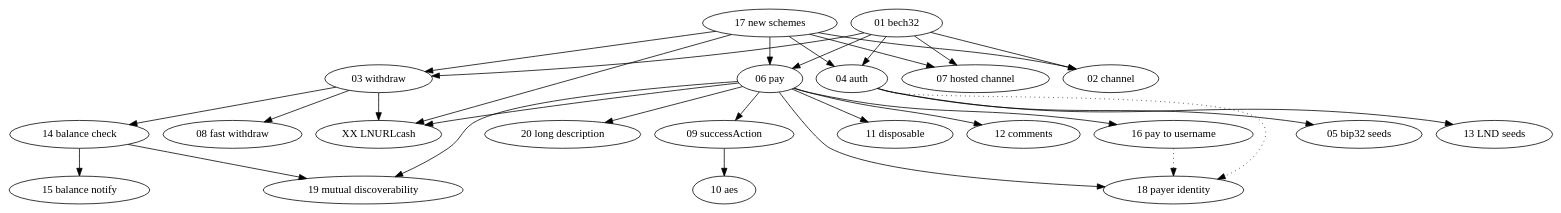
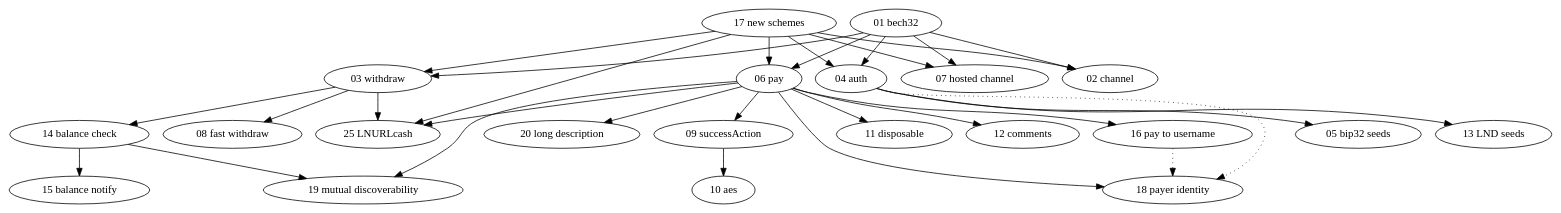
Before and after one commit to lnurl/luds: the diagram in dependencies.dot, drawn with Graphviz. The commit also changed 1 other file, not shown here.

```diff
--- a/dependencies.dot
+++ b/dependencies.dot
@@ -1,37 +1,37 @@
 digraph {
   01[label="01 bech32"]
   02[label="02 channel"]
   03[label="03 withdraw"]
   04[label="04 auth"]
   05[label="05 bip32 seeds"]
   06[label="06 pay"]
   07[label="07 hosted channel"]
   08[label="08 fast withdraw"]
   09[label="09 successAction"]
   10[label="10 aes"]
   11[label="11 disposable"]
   12[label="12 comments"]
   13[label="13 LND seeds"]
   14[label="14 balance check"]
   15[label="15 balance notify"]
   16[label="16 pay to username"]
   17[label="17 new schemes"]
   18[label="18 payer identity"]
   19[label="19 mutual discoverability"]
   20[label="20 long description"]
-  XX[label="XX LNURLcash"]
+  25[label="25 LNURLcash"]
 
   { 01 17 } -> { 02 03 04 06 07 } // base protocols depend on URL format
   04 -> { 05 13 } // lnurl-auth seed generation methods
   03 -> 08 // fast withdraw
   03 -> 14 -> 15 // balanceCheck/balanceNotify
   06 -> 11 // disposable lnurl-pay
   06 -> 20 // long description
   06 -> 09 -> 10 // lnurl-pay successAction
   06 -> 12 // lnurl-pay comments
   06 -> 18 // lnurl-pay payer ids
   { 04 16 } -> 18 [style="dotted"] // loose relationship of payer id with lnurl-auth and lightning address
   06 -> 16 // paying to user@domain.com
   { 06 14 } -> 19 // mutually discoverable pay and withdraw links
-  { 03 06 17 } -> XX // LNURLcash bearer notes built on withdraw/pay/raw-url
+  { 03 06 17 } -> 25 // LNURLcash bearer notes built on withdraw/pay/raw-url
 }
```
